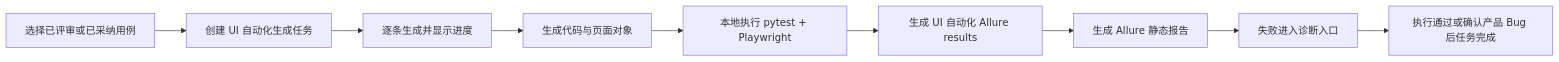
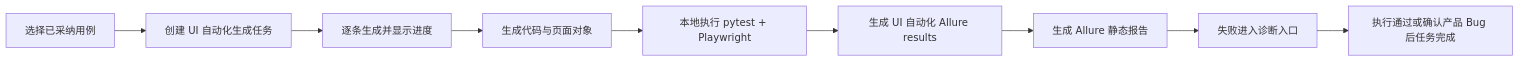
The diagram in docs/00-产品文档/00-09-AI测试系统-自动化测试与Allure报告PRD.md (Elixir-Wang/aitest), drawn with Mermaid before and after one commit. The commit also changed 5 other files, not shown here.

````diff
--- a/docs/00-产品文档/00-09-AI测试系统-自动化测试与Allure报告PRD.md
+++ b/docs/00-产品文档/00-09-AI测试系统-自动化测试与Allure报告PRD.md
@@ -116,11 +116,11 @@
 ```mermaid
 flowchart LR
-    Pick["选择已评审或已采纳用例"] --> Create["创建 UI 自动化生成任务"]
+    Pick["选择已采纳用例"] --> Create["创建 UI 自动化生成任务"]
     Create --> Progress["逐条生成并显示进度"]
     Progress --> Code["生成代码与页面对象"]
     Code --> Run["本地执行 pytest + Playwright"]
     Run --> AllureRaw["生成 UI 自动化 Allure results"]
     AllureRaw --> AllureReport["生成 Allure 静态报告"]
     AllureReport --> Diagnose["失败进入诊断入口"]
     Diagnose --> Done["执行通过或确认产品 Bug 后任务完成"]
 ```
````
